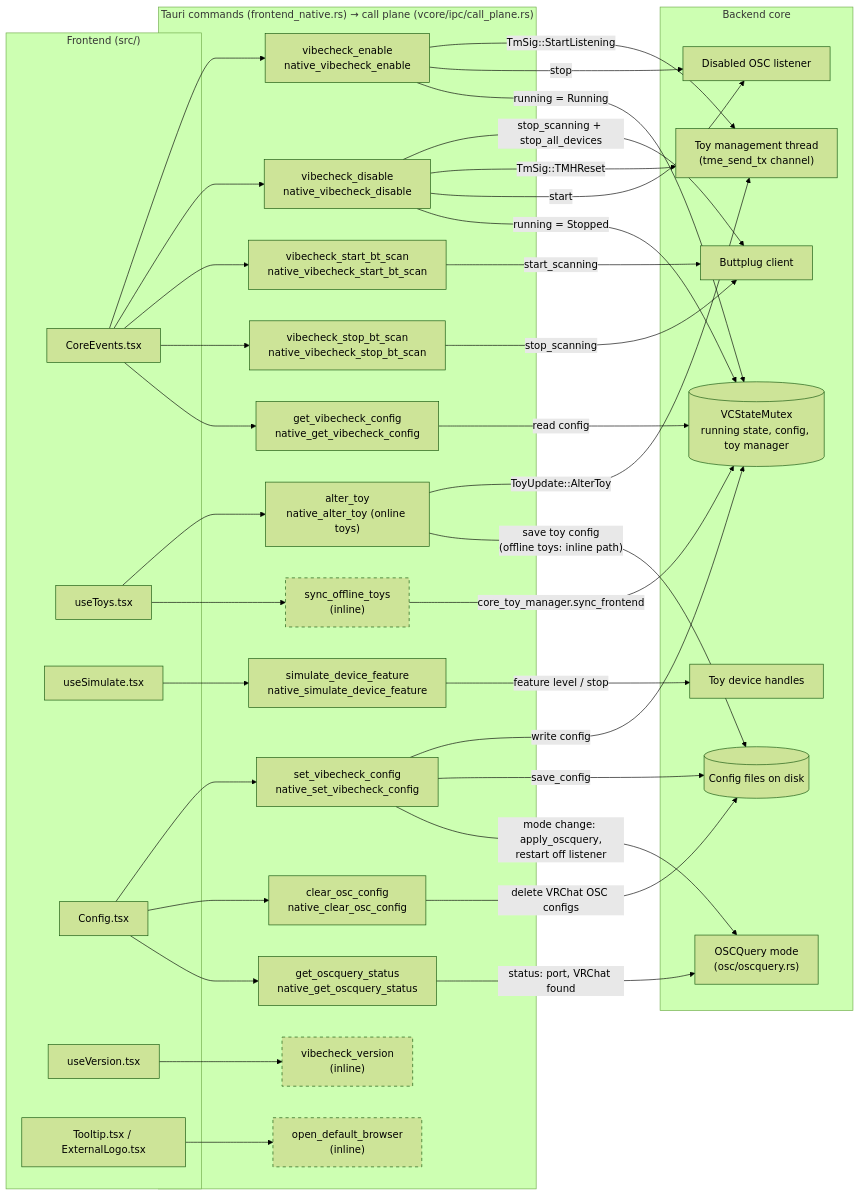
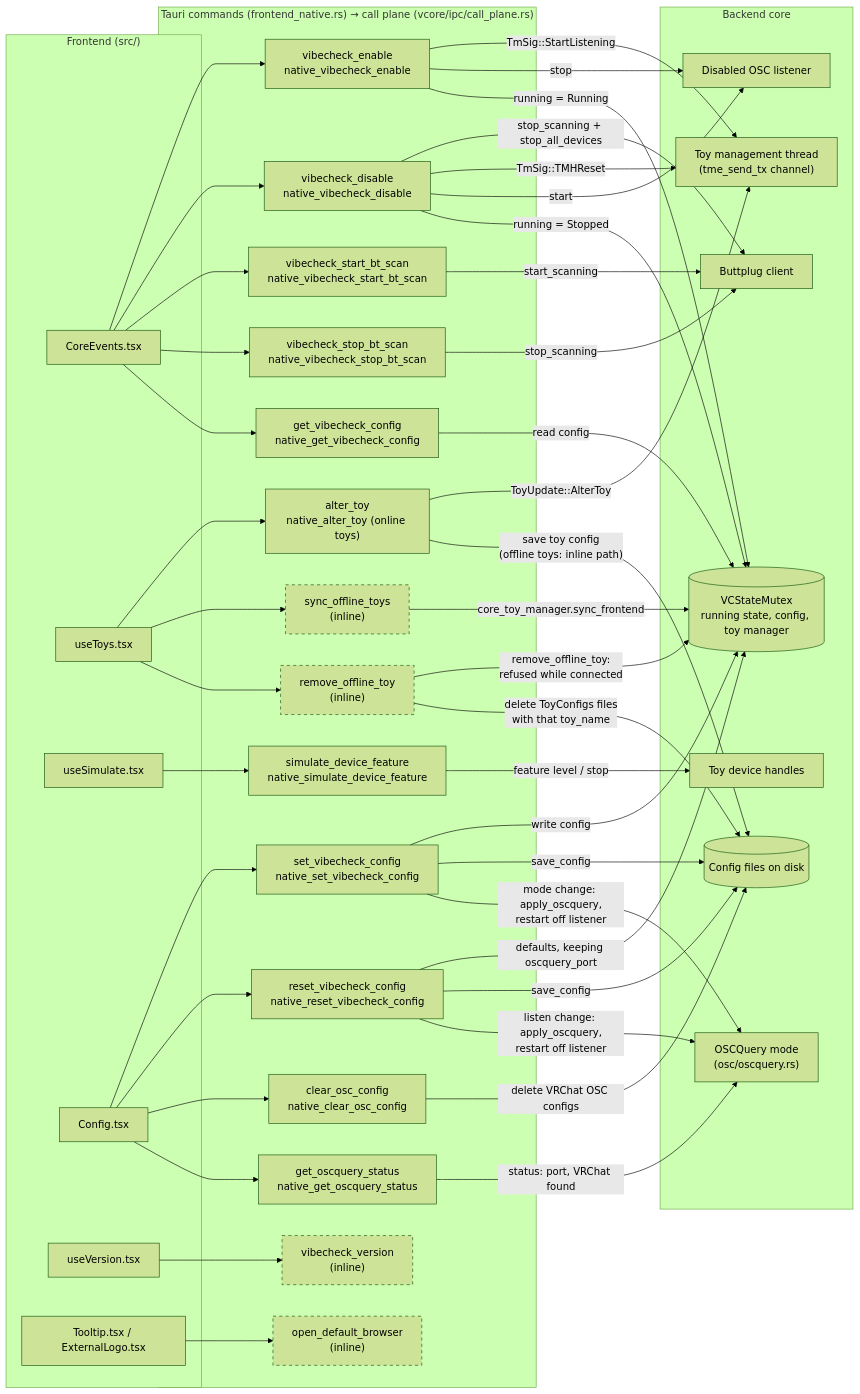
Before and after one commit to SutekhVRC/VibeCheck: the diagram in docs/ipc/command-plane.md, drawn with Mermaid (forest theme). The commit also changed 1 other file, not shown here.

Commit message:
Docs: remove toy and reset settings commands, stopping dropped motors

````diff
--- a/docs/ipc/command-plane.md
+++ b/docs/ipc/command-plane.md
@@ -9,68 +9,75 @@
 ```mermaid
 flowchart LR
   subgraph FE["Frontend (src/)"]
     CE["CoreEvents.tsx"]
     UT["useToys.tsx"]
     US["useSimulate.tsx"]
     CF["Config.tsx"]
     UV["useVersion.tsx"]
     TL["Tooltip.tsx / ExternalLogo.tsx"]
   end
 
   subgraph CMD["Tauri commands (frontend_native.rs) → call plane (vcore/ipc/call_plane.rs)"]
     c_en["vibecheck_enable<br/>native_vibecheck_enable"]
     c_dis["vibecheck_disable<br/>native_vibecheck_disable"]
     c_ss["vibecheck_start_bt_scan<br/>native_vibecheck_start_bt_scan"]
     c_st["vibecheck_stop_bt_scan<br/>native_vibecheck_stop_bt_scan"]
     c_gc["get_vibecheck_config<br/>native_get_vibecheck_config"]
     c_sc["set_vibecheck_config<br/>native_set_vibecheck_config"]
+    c_rc["reset_vibecheck_config<br/>native_reset_vibecheck_config"]
     c_at["alter_toy<br/>native_alter_toy (online toys)"]
     c_sim["simulate_device_feature<br/>native_simulate_device_feature"]
     c_clr["clear_osc_config<br/>native_clear_osc_config"]
     c_sync["sync_offline_toys<br/>(inline)"]
+    c_rm["remove_offline_toy<br/>(inline)"]
     c_ver["vibecheck_version<br/>(inline)"]
     c_br["open_default_browser<br/>(inline)"]
     c_oq["get_oscquery_status<br/>native_get_oscquery_status"]
   end
 
   subgraph CORE["Backend core"]
     ST[("VCStateMutex<br/>running state, config, toy manager")]
     BP["Buttplug client"]
     TM["Toy management thread<br/>(tme_send_tx channel)"]
     DL["Disabled OSC listener"]
     FS[("Config files on disk")]
     DH["Toy device handles"]
     OQ["OSCQuery mode<br/>(osc/oscquery.rs)"]
   end
 
   CE --> c_en & c_dis & c_ss & c_st & c_gc
-  CF --> c_sc & c_clr & c_oq
-  UT --> c_at & c_sync
+  CF --> c_sc & c_rc & c_clr & c_oq
+  UT --> c_at & c_sync & c_rm
   US --> c_sim
   UV --> c_ver
   TL --> c_br
 
   c_en -- "TmSig::StartListening" --> TM
   c_en -- "stop" --> DL
   c_en -- "running = Running" --> ST
   c_dis -- "stop_scanning + stop_all_devices" --> BP
   c_dis -- "TmSig::TMHReset" --> TM
   c_dis -- "start" --> DL
   c_dis -- "running = Stopped" --> ST
   c_ss -- "start_scanning" --> BP
   c_st -- "stop_scanning" --> BP
   c_gc -- "read config" --> ST
   c_sc -- "write config" --> ST
   c_sc -- "save_config" --> FS
   c_at -- "ToyUpdate::AlterToy" --> TM
   c_at -- "save toy config<br/>(offline toys: inline path)" --> FS
   c_sim -- "feature level / stop" --> DH
   c_clr -- "delete VRChat OSC configs" --> FS
   c_sync -- "core_toy_manager.sync_frontend" --> ST
+  c_rm -- "remove_offline_toy:<br/>refused while connected" --> ST
+  c_rm -- "delete ToyConfigs files<br/>with that toy_name" --> FS
+  c_rc -- "defaults, keeping oscquery_port" --> ST
+  c_rc -- "save_config" --> FS
+  c_rc -- "listen change: apply_oscquery,<br/>restart off listener" --> OQ
   c_sc -- "mode change: apply_oscquery,<br/>restart off listener" --> OQ
   c_oq -- "status: port, VRChat found" --> OQ
 
   classDef inline stroke-dasharray: 5 5
   classDef unused fill:#444,color:#aaa
-  class c_sync,c_ver,c_br inline
+  class c_sync,c_rm,c_ver,c_br inline
 ```
````
